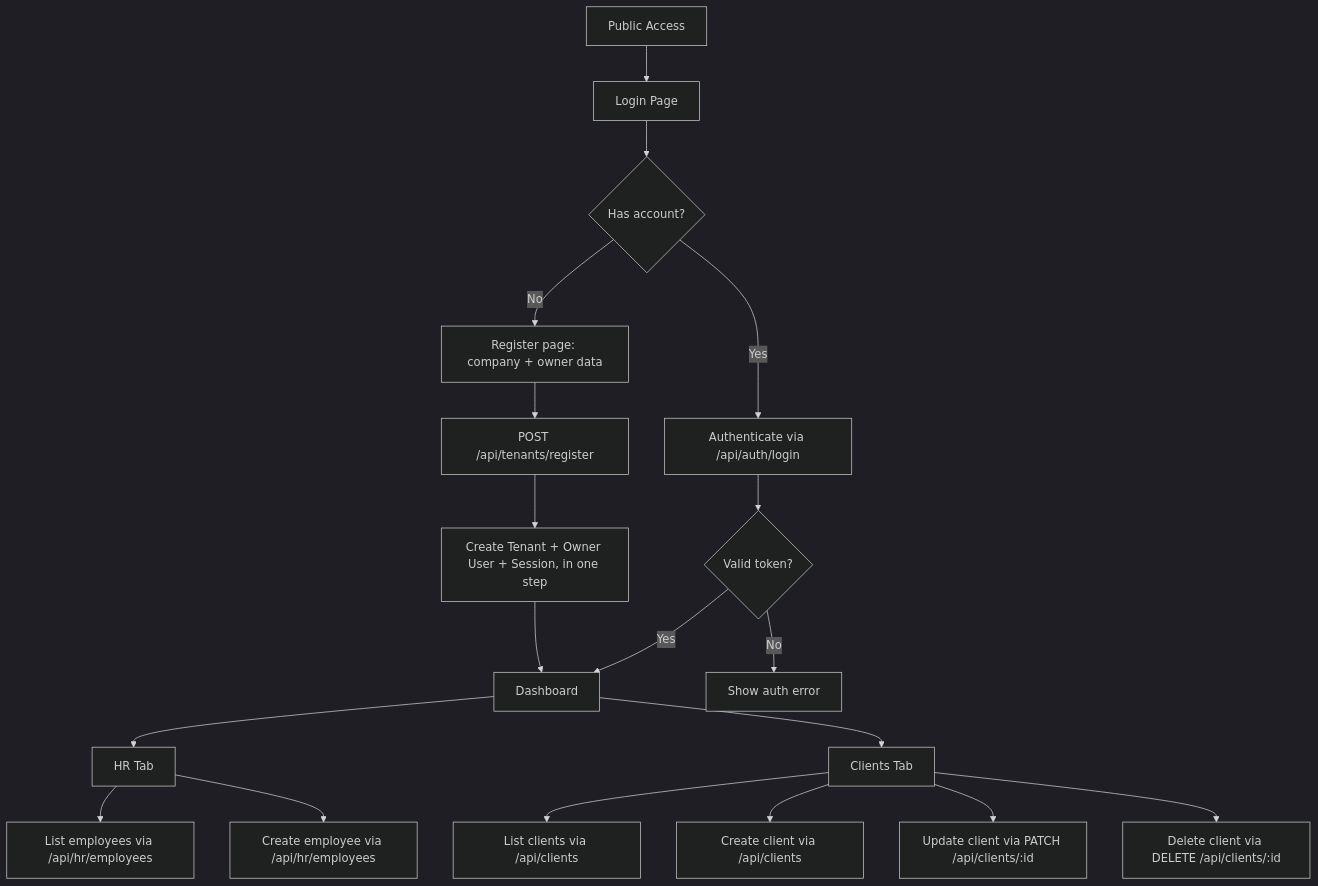
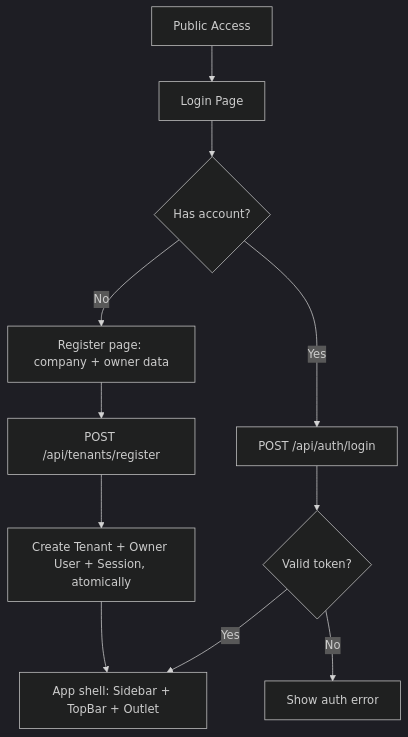
One commit to ABravo2025/northstack changed the first of 6 diagrams in docs/current-process-flow.md. Above: the diagram before and after it, drawn with Mermaid (dark theme). The commit also changed other lines of this file and 3 other files, not shown here.

````diff
--- a/docs/current-process-flow.md
+++ b/docs/current-process-flow.md
@@ -9,24 +27,14 @@
 ```mermaid
 flowchart TD
   A[Public Access] --> B[Login Page]
   B --> C{Has account?}
-  C -->|Yes| D[Authenticate via /api/auth/login]
+  C -->|Yes| D[POST /api/auth/login]
   C -->|No| E[Register page: company + owner data]
   D --> F{Valid token?}
-  F -->|Yes| G[Dashboard]
+  F -->|Yes| G[App shell: Sidebar + TopBar + Outlet]
   F -->|No| H[Show auth error]
 
   E --> I[POST /api/tenants/register]
-  I --> J[Create Tenant + Owner User + Session, in one step]
+  I --> J[Create Tenant + Owner User + Session, atomically]
   J --> G
-
-  G --> P[HR Tab]
-  P --> Q[List employees via /api/hr/employees]
-  P --> R[Create employee via /api/hr/employees]
-
-  G --> S[Clients Tab]
-  S --> T[List clients via /api/clients]
-  S --> U[Create client via /api/clients]
-  S --> V[Update client via PATCH /api/clients/:id]
-  S --> W[Delete client via DELETE /api/clients/:id]
 ```
````
